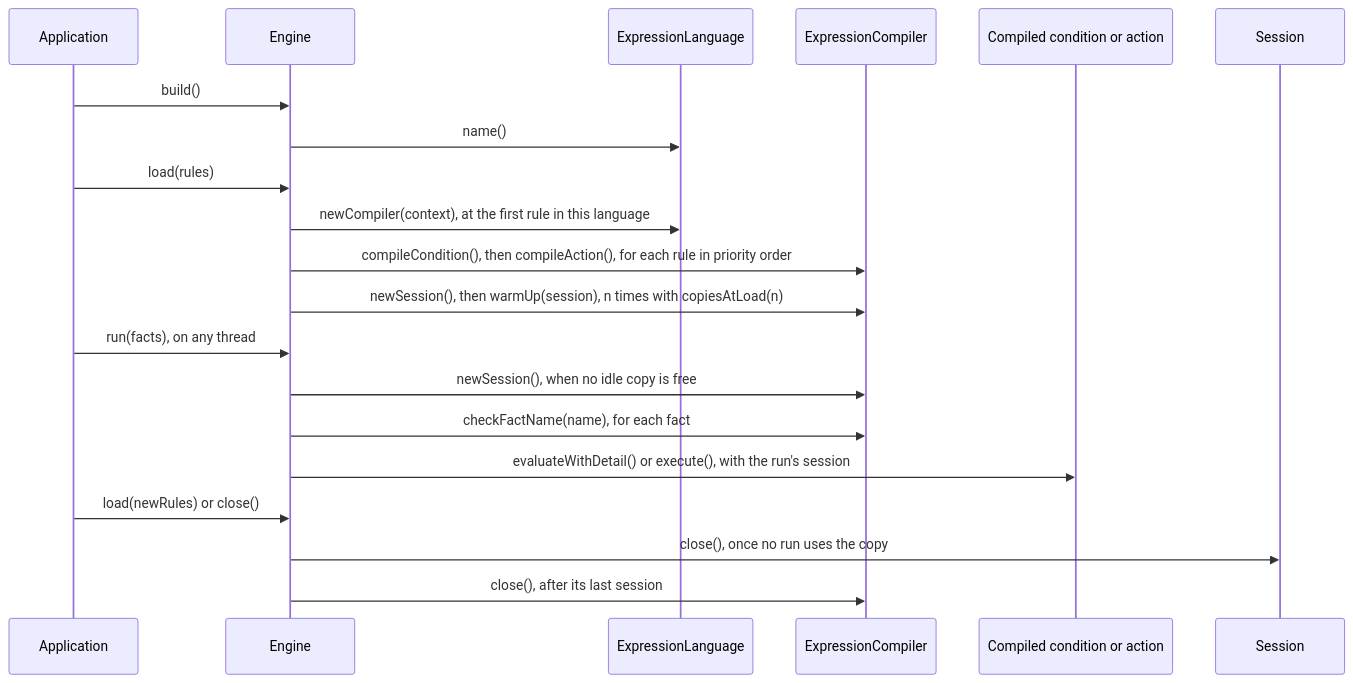
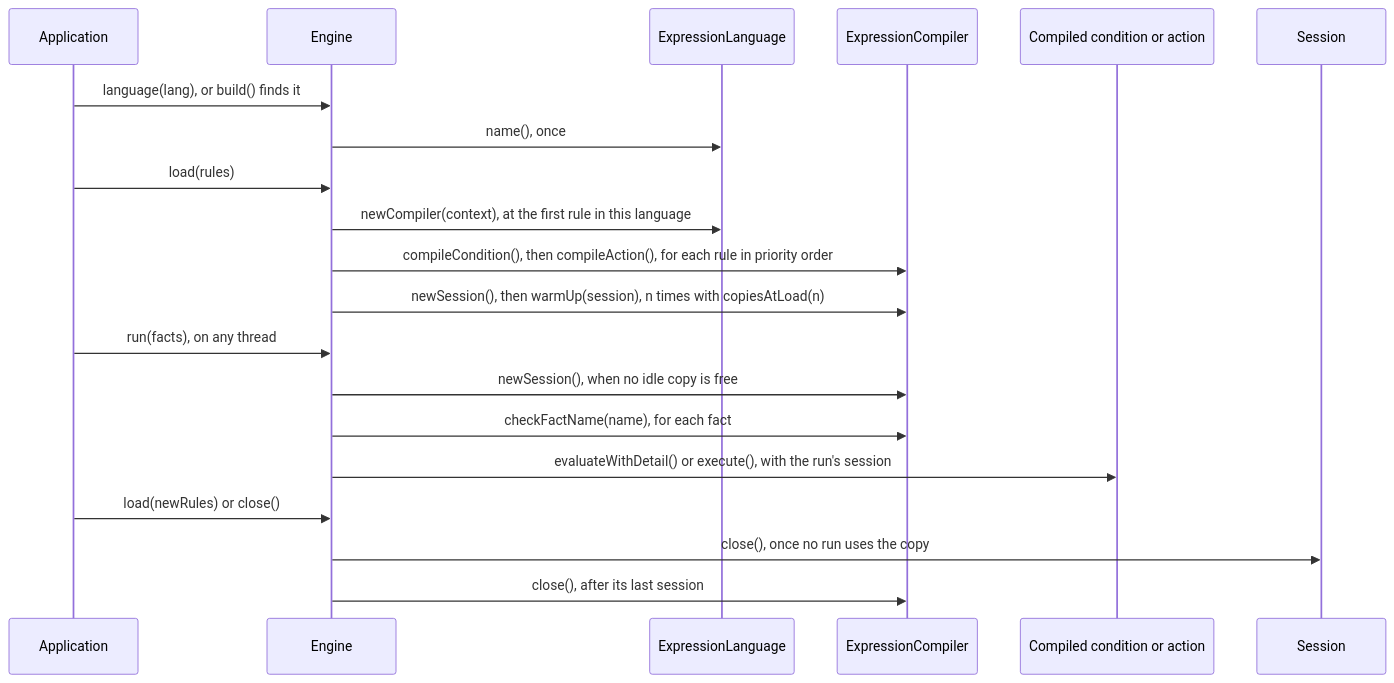
Before and after one commit to brantunger/unruly-engine: the diagram in docs/languages/custom.md, drawn with Mermaid. The commit also changed other lines of this file and 23 other files, not shown here.

Commit message:
fix: read a language's name once, skip a second copy of a language found in the context class loader, give JVM runtime objects no fact properties, and reject a null output in the beans-and-maps writer (#760)

````diff
--- a/docs/languages/custom.md
+++ b/docs/languages/custom.md
@@ -36,22 +36,22 @@
 ```mermaid
 sequenceDiagram
     participant App as Application
     participant Engine
     participant Lang as ExpressionLanguage
     participant Comp as ExpressionCompiler
     participant Expr as Compiled condition or action
     participant Sess as Session
-    App->>Engine: build()
-    Engine->>Lang: name()
+    App->>Engine: language(lang), or build() finds it
+    Engine->>Lang: name(), once
     App->>Engine: load(rules)
     Engine->>Lang: newCompiler(context), at the first rule in this language
     Engine->>Comp: compileCondition(), then compileAction(), for each rule in priority order
     Engine->>Comp: newSession(), then warmUp(session), n times with copiesAtLoad(n)
     App->>Engine: run(facts), on any thread
     Engine->>Comp: newSession(), when no idle copy is free
     Engine->>Comp: checkFactName(name), for each fact
     Engine->>Expr: evaluateWithDetail() or execute(), with the run's session
     App->>Engine: load(newRules) or close()
     Engine->>Sess: close(), once no run uses the copy
     Engine->>Comp: close(), after its last session
 ```
````
